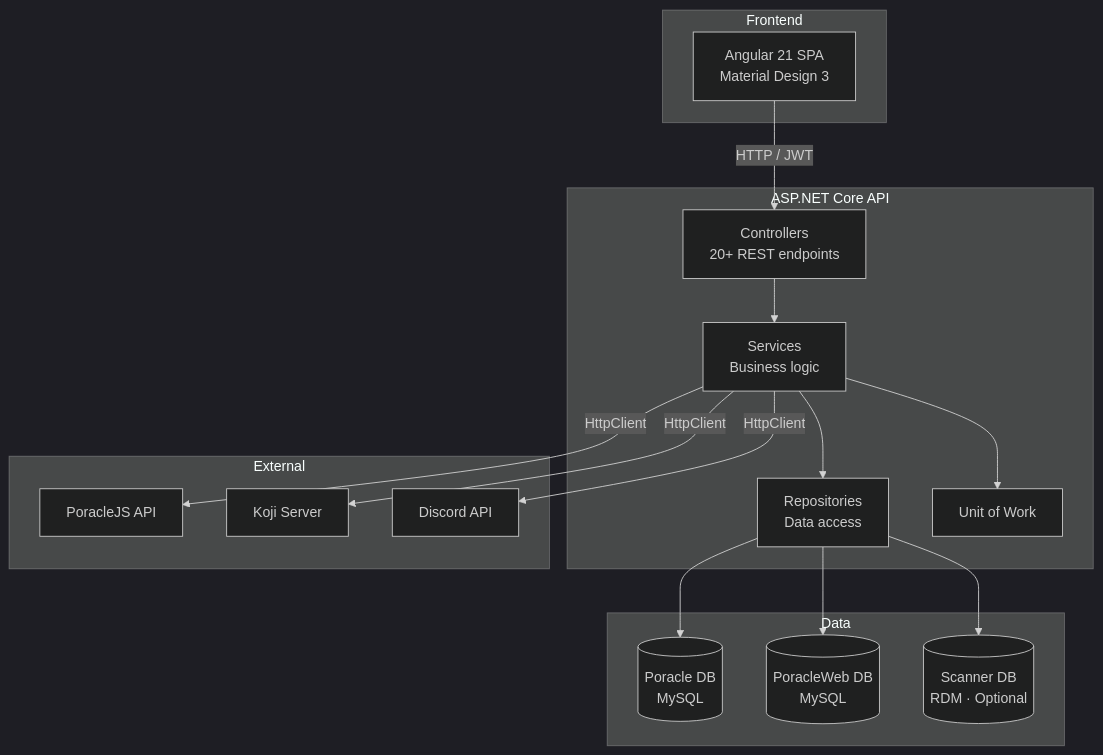
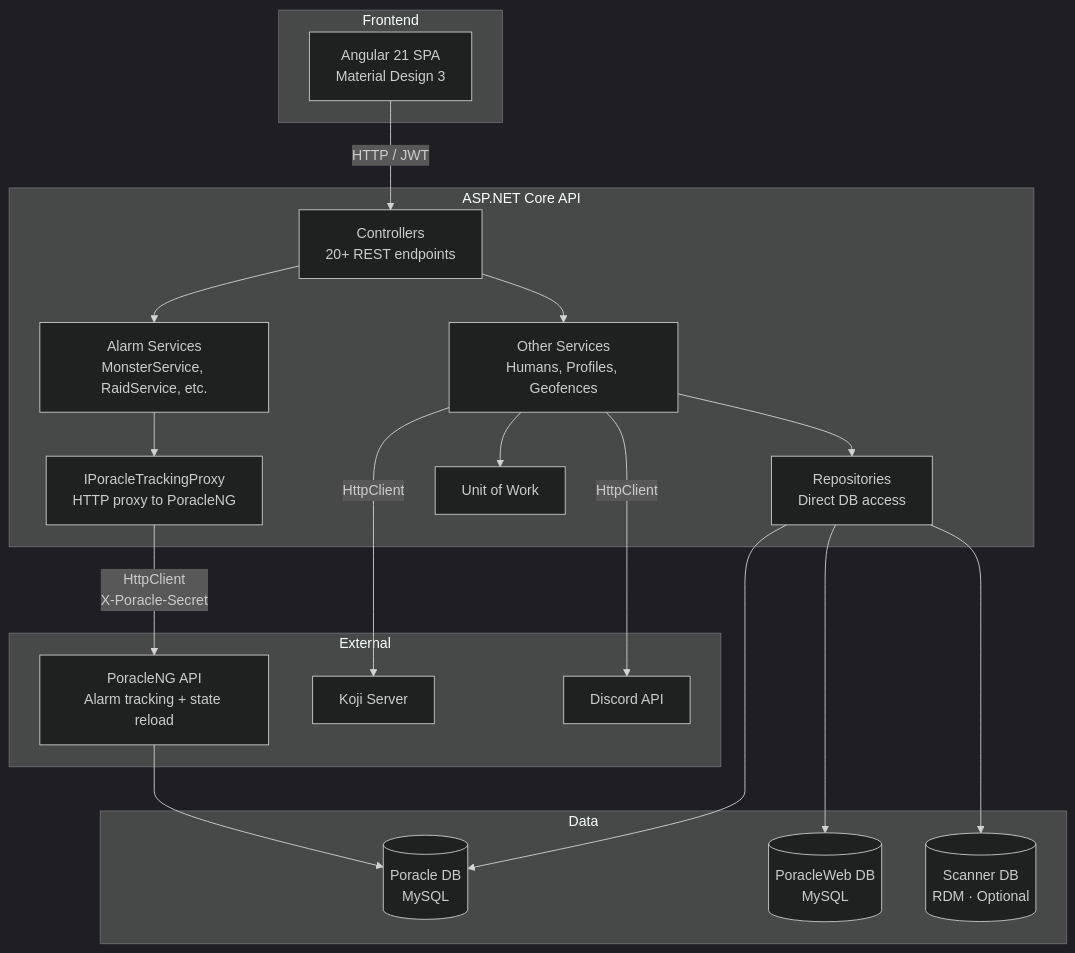
One commit to PGAN-Dev/PoracleWeb.NET changed the diagram in docs/architecture/overview.md. Above: the diagram before and after it, drawn with Mermaid (dark theme). The commit also changed other lines of this file and 16 other files, not shown here.

First line of the commit message:
docs: update all documentation for PoracleNG API proxy migration (#87)

````diff
--- a/docs/architecture/overview.md
+++ b/docs/architecture/overview.md
@@ -35,36 +35,41 @@
 ```mermaid
 graph TB
     subgraph Frontend
         Angular[Angular 21 SPA<br/>Material Design 3]
     end
 
     subgraph Backend["ASP.NET Core API"]
         Controllers[Controllers<br/>20+ REST endpoints]
-        Services[Services<br/>Business logic]
-        Repositories[Repositories<br/>Data access]
+        AlarmServices[Alarm Services<br/>MonsterService, RaidService, etc.]
+        TrackingProxy[IPoracleTrackingProxy<br/>HTTP proxy to PoracleNG]
+        OtherServices[Other Services<br/>Humans, Profiles, Geofences]
+        Repositories[Repositories<br/>Direct DB access]
         UoW[Unit of Work]
     end
 
     subgraph Data
         PoracleDB[(Poracle DB<br/>MySQL)]
         WebDB[(PoracleWeb DB<br/>MySQL)]
         ScannerDB[(Scanner DB<br/>RDM · Optional)]
     end
 
     subgraph External
-        Poracle[PoracleJS API]
+        PoracleNG[PoracleNG API<br/>Alarm tracking + state reload]
         Koji[Koji Server]
         Discord[Discord API]
     end
 
     Angular -->|HTTP / JWT| Controllers
-    Controllers --> Services
-    Services --> Repositories
-    Services --> UoW
+    Controllers --> AlarmServices
+    Controllers --> OtherServices
+    AlarmServices --> TrackingProxy
+    TrackingProxy -->|HttpClient<br/>X-Poracle-Secret| PoracleNG
+    PoracleNG --> PoracleDB
+    OtherServices --> Repositories
+    OtherServices --> UoW
     Repositories --> PoracleDB
     Repositories --> WebDB
     Repositories --> ScannerDB
-    Services -->|HttpClient| Poracle
-    Services -->|HttpClient| Koji
-    Services -->|HttpClient| Discord
+    OtherServices -->|HttpClient| Koji
+    OtherServices -->|HttpClient| Discord
 ```
````
